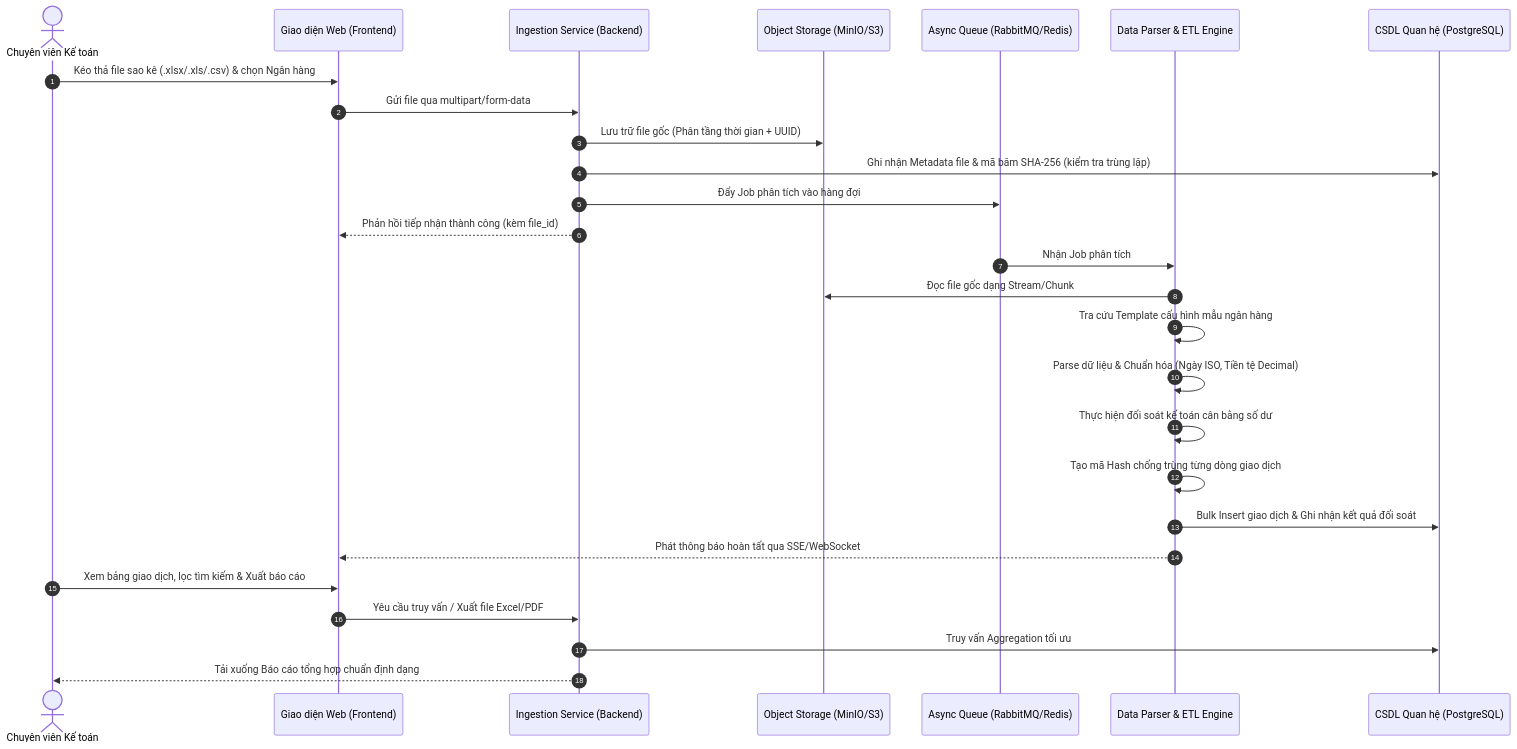
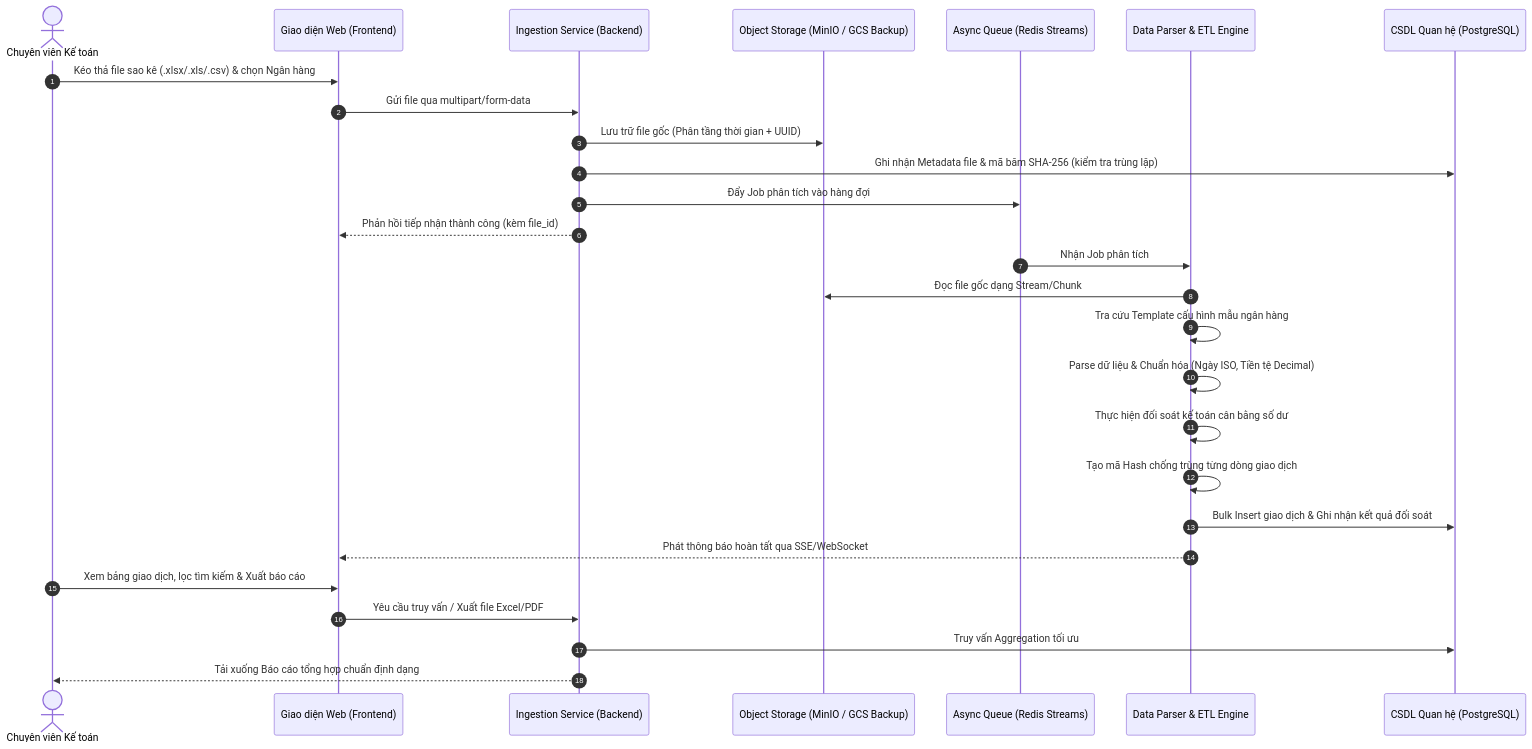
The first of 2 diagrams in docs/BRD.md (nlcnhung024/treasury_system), drawn with Mermaid before and after one commit. The commit also changed other lines of this file and 74 other files, not shown here.

````diff
--- a/docs/BRD.md
+++ b/docs/BRD.md
@@ -109,32 +109,32 @@
 ```mermaid
 sequenceDiagram
     autonumber
     actor User as Chuyên viên Kế toán
     participant Web as Giao diện Web (Frontend)
     participant API as Ingestion Service (Backend)
-    participant Storage as Object Storage (MinIO/S3)
-    participant Queue as Async Queue (RabbitMQ/Redis)
+    participant Storage as Object Storage (MinIO / GCS Backup)
+    participant Queue as Async Queue (Redis Streams)
     participant Worker as Data Parser & ETL Engine
     participant DB as CSDL Quan hệ (PostgreSQL)
     
     User->>Web: Kéo thả file sao kê (.xlsx/.xls/.csv) & chọn Ngân hàng
     Web->>API: Gửi file qua multipart/form-data
     API->>Storage: Lưu trữ file gốc (Phân tầng thời gian + UUID)
     API->>DB: Ghi nhận Metadata file & mã băm SHA-256 (kiểm tra trùng lặp)
     API->>Queue: Đẩy Job phân tích vào hàng đợi
     API-->>Web: Phản hồi tiếp nhận thành công (kèm file_id)
     
     Queue->>Worker: Nhận Job phân tích
     Worker->>Storage: Đọc file gốc dạng Stream/Chunk
     Worker->>Worker: Tra cứu Template cấu hình mẫu ngân hàng
     Worker->>Worker: Parse dữ liệu & Chuẩn hóa (Ngày ISO, Tiền tệ Decimal)
     Worker->>Worker: Thực hiện đối soát kế toán cân bằng số dư
     Worker->>Worker: Tạo mã Hash chống trùng từng dòng giao dịch
     Worker->>DB: Bulk Insert giao dịch & Ghi nhận kết quả đối soát
     Worker-->>Web: Phát thông báo hoàn tất qua SSE/WebSocket
     
     User->>Web: Xem bảng giao dịch, lọc tìm kiếm & Xuất báo cáo
     Web->>API: Yêu cầu truy vấn / Xuất file Excel/PDF
     API->>DB: Truy vấn Aggregation tối ưu
     API-->>User: Tải xuống Báo cáo tổng hợp chuẩn định dạng
 ```
````
